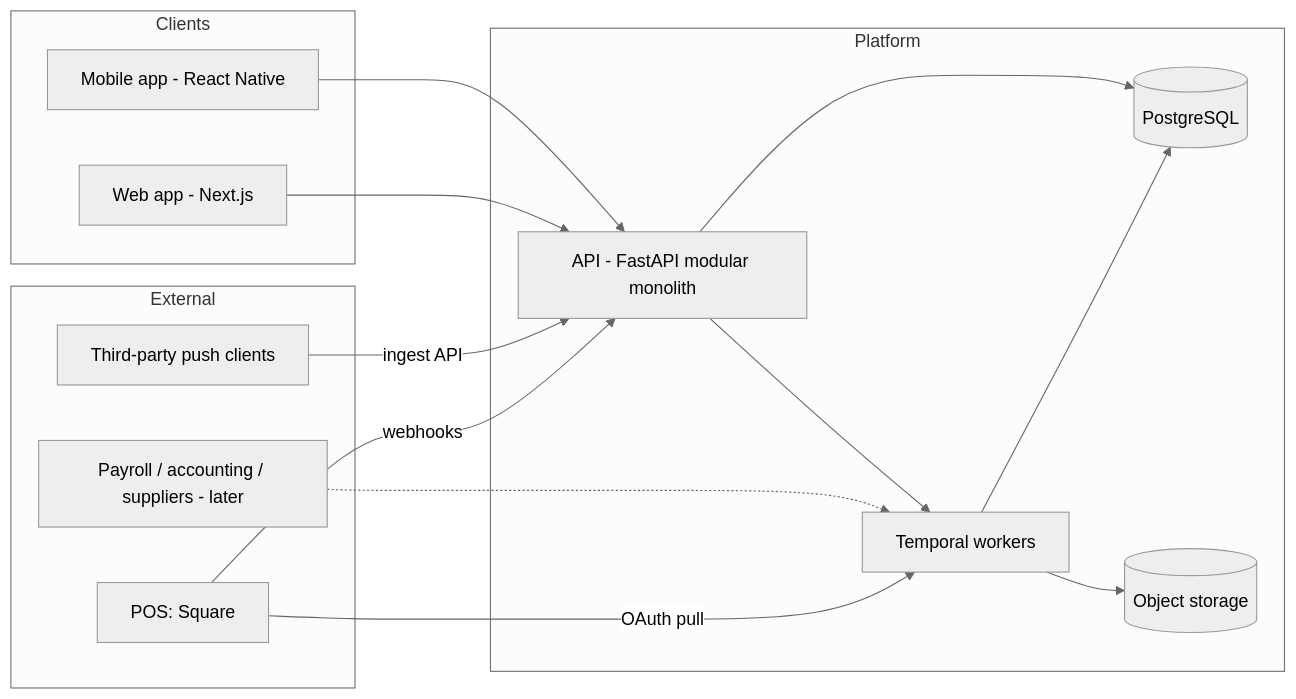
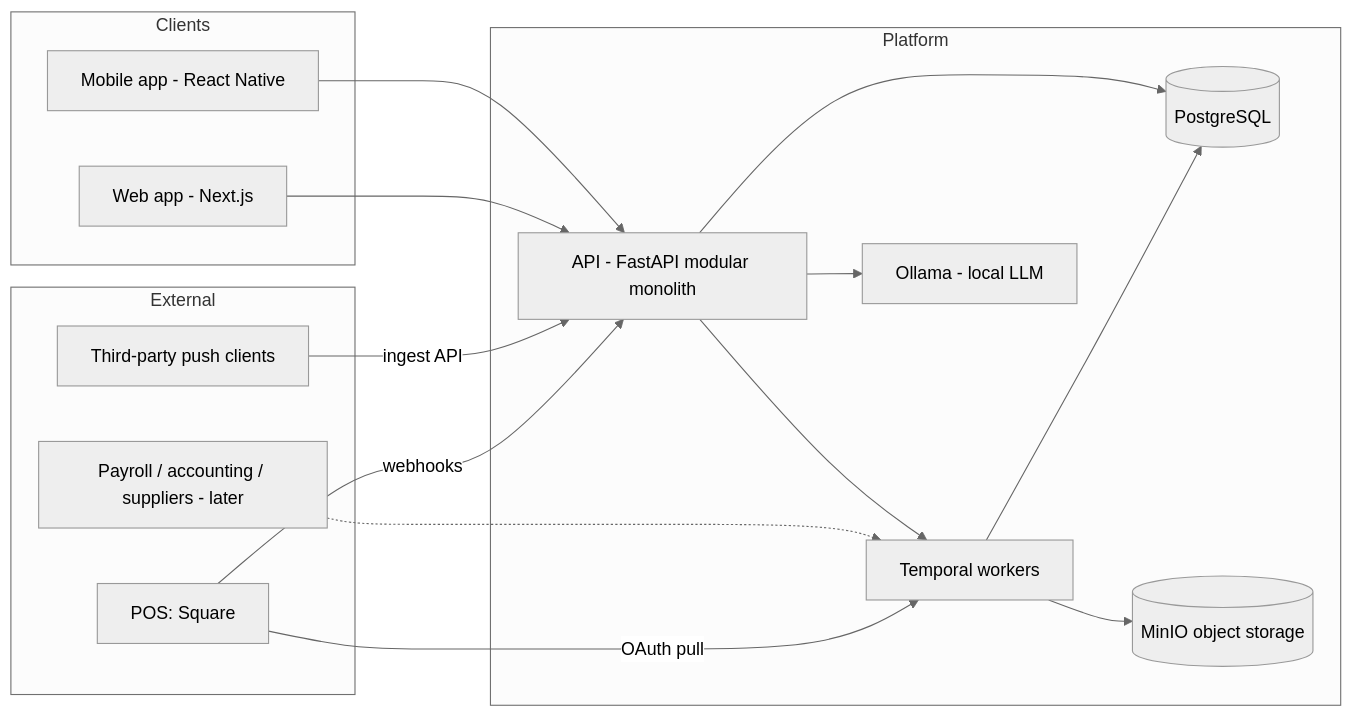
One commit to emd5953/ChefOS changed the diagram in docs/architecture.md. Above: the diagram before and after it, drawn with Mermaid (neutral theme). The commit also changed other lines of this file and 7 other files, not shown here.

````diff
--- a/docs/architecture.md
+++ b/docs/architecture.md
@@ -10,31 +12,33 @@
 ```mermaid
 flowchart LR
     subgraph External
       POS[POS: Square]
       PAY[Payroll / accounting / suppliers - later]
       PUSH[Third-party push clients]
     end
 
     subgraph Clients
       WEB[Web app - Next.js]
       MOB[Mobile app - React Native]
     end
 
     subgraph Platform
       API[API - FastAPI modular monolith]
       WK[Temporal workers]
       DB[(PostgreSQL)]
-      S3[(Object storage)]
+      S3[(MinIO object storage)]
+      LLM[Ollama - local LLM]
     end
 
     POS -- OAuth pull --> WK
     POS -- webhooks --> API
     PUSH -- ingest API --> API
     PAY -.-> WK
     API --> WK
     WK --> DB
     WK --> S3
     API --> DB
     WEB --> API
     MOB --> API
+    API --> LLM
 ```
````
